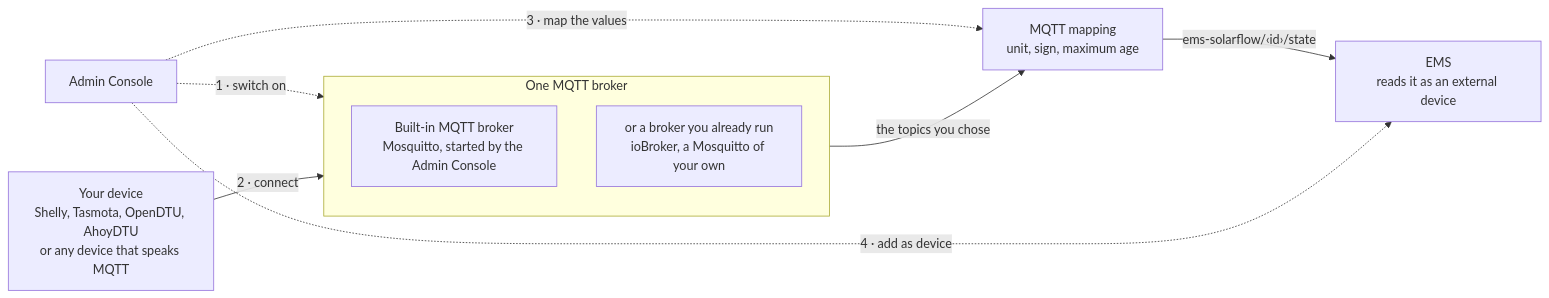
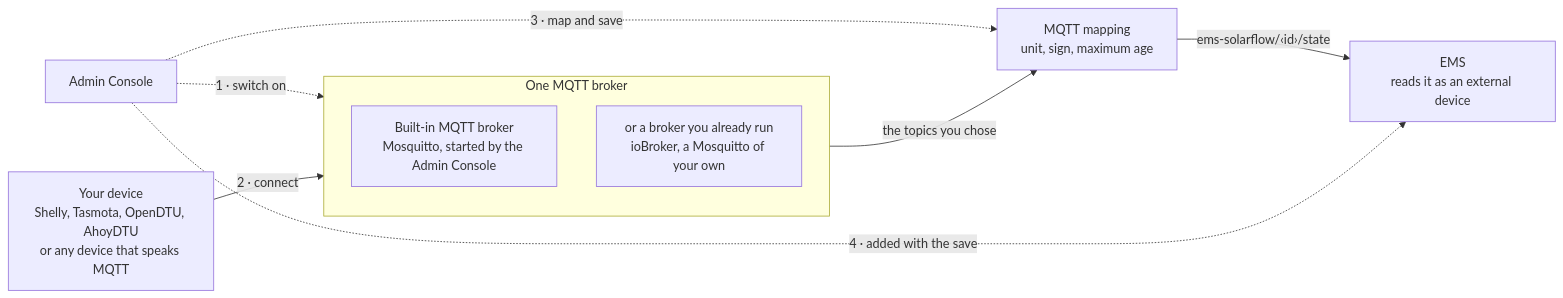
One commit to basecubedev/ems-solarflow-api-control changed the diagram in docs/user/admin/mqtt-mapping.md. Above: the diagram before and after it, drawn with Mermaid. The commit also changed other lines of this file and 47 other files, not shown here.

````diff
--- a/docs/user/admin/mqtt-mapping.md
+++ b/docs/user/admin/mqtt-mapping.md
@@ -22,21 +22,21 @@
 ```mermaid
 flowchart LR
     device["Your device<br/>Shelly, Tasmota, OpenDTU, AhoyDTU<br/>or any device that speaks MQTT"]
 
     subgraph broker["One MQTT broker"]
         direction TB
         builtin["Built-in MQTT broker<br/>Mosquitto, started by the Admin Console"]
         own["or a broker you already run<br/>ioBroker, a Mosquitto of your own"]
     end
 
     mapping["MQTT mapping<br/>unit, sign, maximum age"]
     ems["EMS<br/>reads it as an external device"]
     admin["Admin Console"]
 
     device -- "2 · connect" --> broker
     broker -- "the topics you chose" --> mapping
     mapping -- "ems-solarflow/‹id›/state" --> ems
     admin -. "1 · switch on" .-> builtin
-    admin -. "3 · map the values" .-> mapping
-    admin -. "4 · add as device" .-> ems
+    admin -. "3 · map and save" .-> mapping
+    admin -. "4 · added with the save" .-> ems
 ```
````
